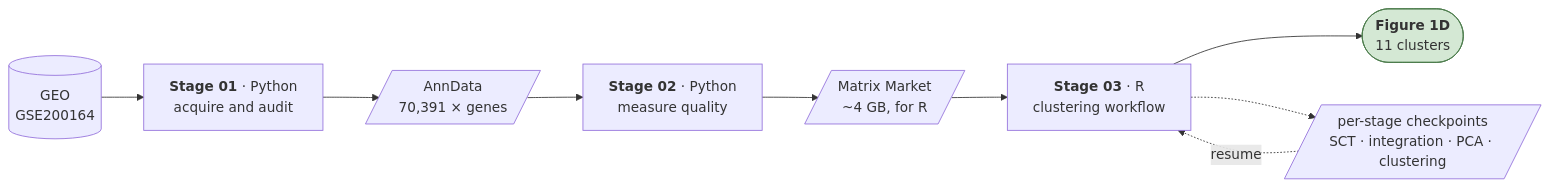
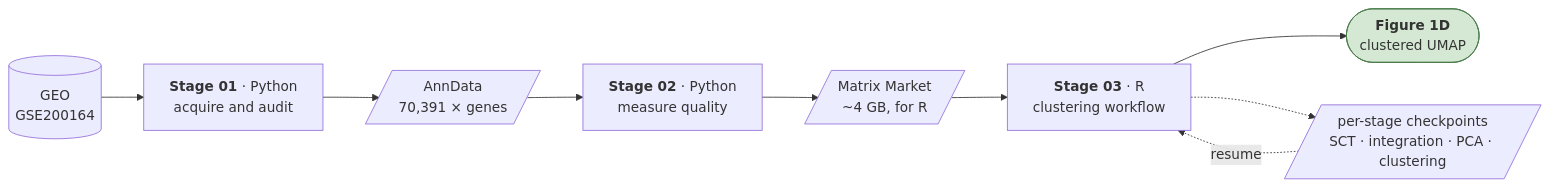
Before and after one commit to sivatej800-oss/T-cell-representations: the third of 6 diagrams in README.md, drawn with Mermaid. The commit also changed other lines of this file and 2 other files, not shown here.

````diff
--- a/README.md
+++ b/README.md
@@ -90,18 +92,18 @@
 ```mermaid
 flowchart LR
     GEO[("GEO<br/>GSE200164")]
     S1["<b>Stage 01</b> · Python<br/>acquire and audit"]
     S2["<b>Stage 02</b> · Python<br/>measure quality"]
     S3["<b>Stage 03</b> · R<br/>clustering workflow"]
-    FIG(["<b>Figure 1D</b><br/>11 clusters"])
+    FIG(["<b>Figure 1D</b><br/>clustered UMAP"])
 
     C1[/"AnnData<br/>70,391 × genes"/]
     C2[/"Matrix Market<br/>~4 GB, for R"/]
     C3[/"per-stage checkpoints<br/>SCT · integration · PCA · clustering"/]
 
     GEO --> S1 --> C1 --> S2 --> C2 --> S3 --> FIG
     C3 -.resume.-> S3
     S3 -.-> C3
 
     style FIG fill:#d4e8d4,stroke:#4a7a4a
 ```
````
